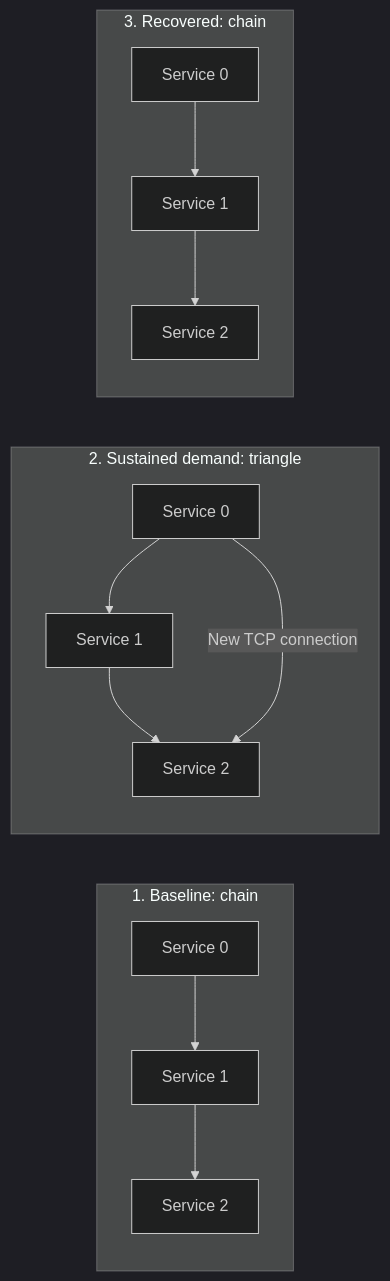
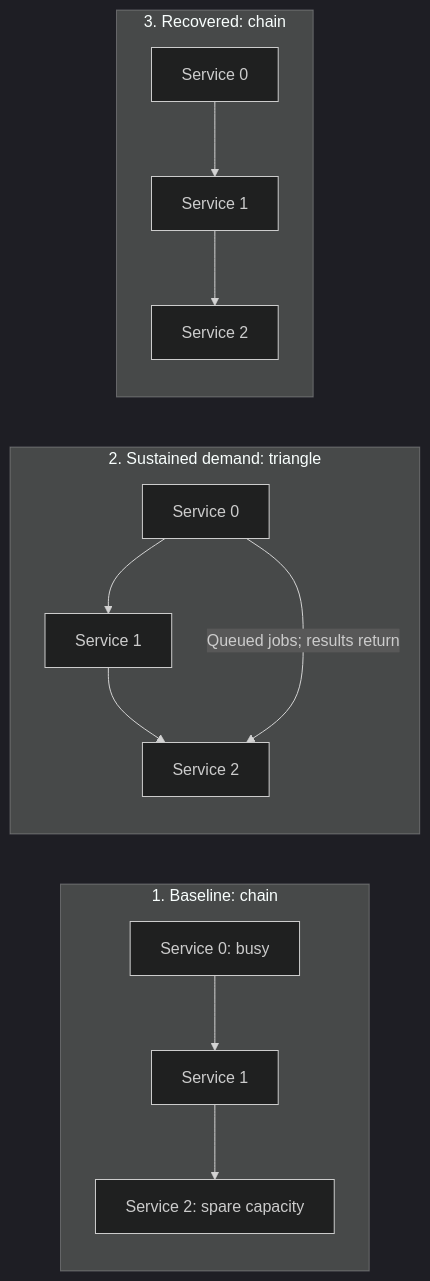
One commit to astrivant/polyad changed the diagram in docs/workloads/local-soul-searching.md. Above: the diagram before and after it, drawn with Mermaid (dark theme). The commit also changed other lines of this file and 39 other files, not shown here.

````diff
--- a/docs/workloads/local-soul-searching.md
+++ b/docs/workloads/local-soul-searching.md
@@ -92,13 +94,13 @@
 ```mermaid
 flowchart LR
     subgraph initial["1. Baseline: chain"]
-        a0["Service 0"] --> a1["Service 1"] --> a2["Service 2"]
+        a0["Service 0: busy"] --> a1["Service 1"] --> a2["Service 2: spare capacity"]
     end
     subgraph loaded["2. Sustained demand: triangle"]
         b0["Service 0"] --> b1["Service 1"] --> b2["Service 2"]
-        b0 -->|"New TCP connection"| b2
+        b0 -->|"Queued jobs; results return"| b2
     end
     subgraph recovered["3. Recovered: chain"]
         c0["Service 0"] --> c1["Service 1"] --> c2["Service 2"]
     end
 ```
````
